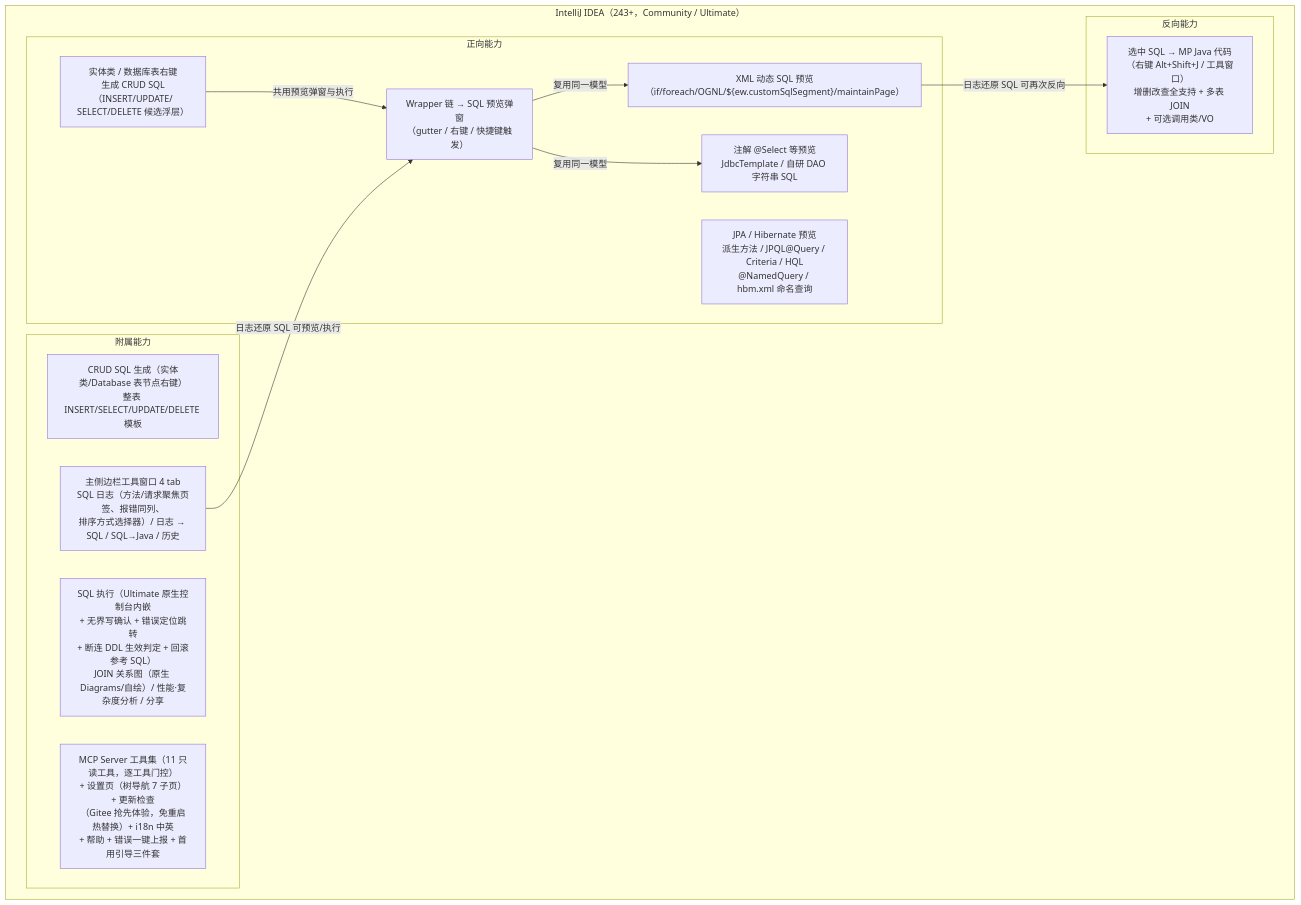
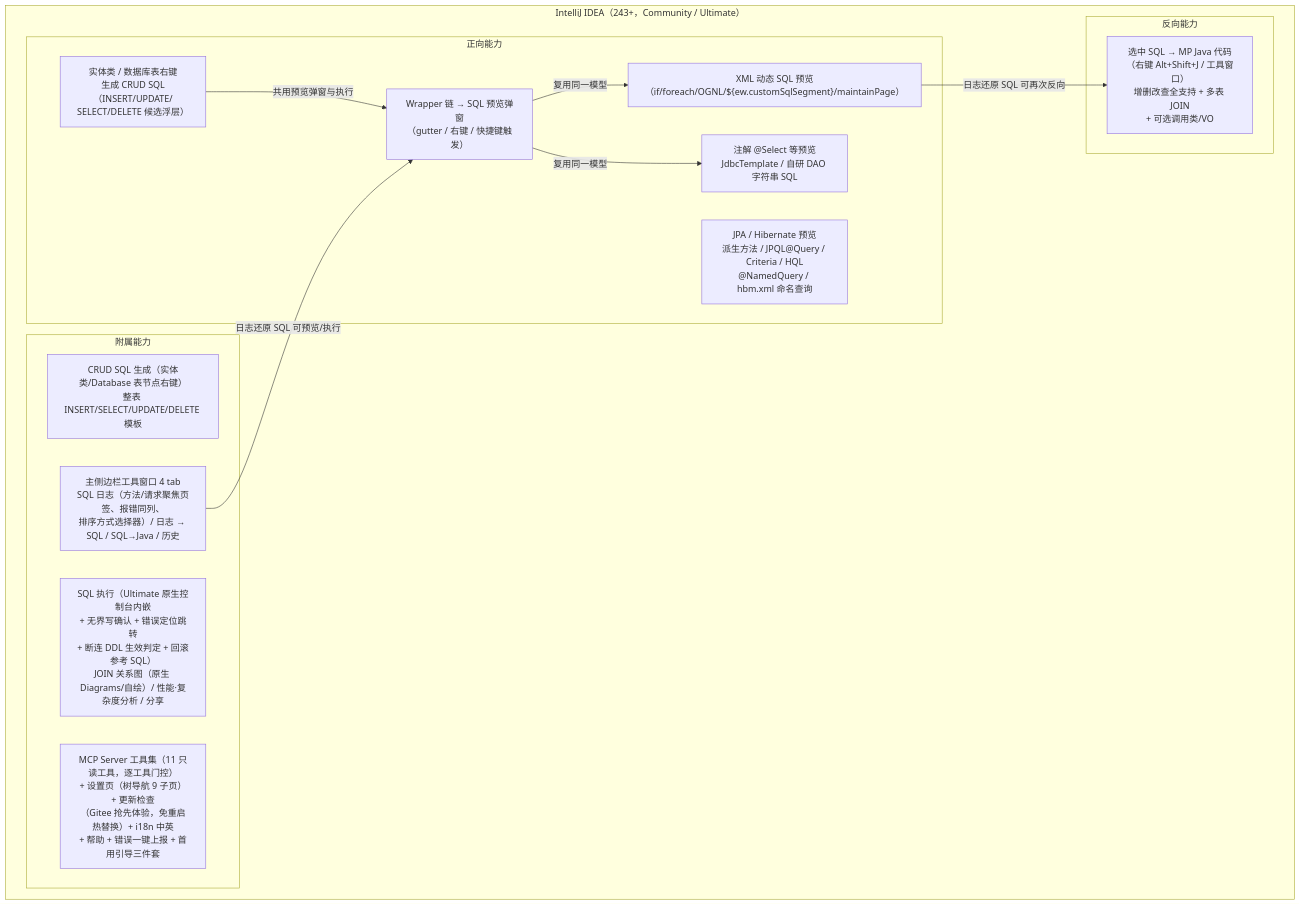
The first of 5 diagrams in docs/架构设计/01-项目架构总览.md (SongRenShuo/mybatis-plus-sql-visualizer), drawn with Mermaid before and after one commit. The commit also changed other lines of this file and 2 other files, not shown here.

````diff
--- a/docs/架构设计/01-项目架构总览.md
+++ b/docs/架构设计/01-项目架构总览.md
@@ -19,26 +19,26 @@
 ```mermaid
 flowchart TD
     subgraph IDE["IntelliJ IDEA（243+，Community / Ultimate）"]
         subgraph 正向能力
             F1["Wrapper 链 → SQL 预览弹窗<br/>（gutter / 右键 / 快捷键触发）"]
             F2["XML 动态 SQL 预览<br/>（if/foreach/OGNL/${ew.customSqlSegment}/maintainPage）"]
             F3["注解 @Select 等预览<br/>JdbcTemplate / 自研 DAO 字符串 SQL"]
             F4["JPA / Hibernate 预览<br/>派生方法 / JPQL@Query / Criteria / HQL<br/>@NamedQuery / hbm.xml 命名查询"]
             F5["实体类 / 数据库表右键<br/>生成 CRUD SQL（INSERT/UPDATE/<br/>SELECT/DELETE 候选浮层）"]
         end
         subgraph 反向能力
             R1["选中 SQL → MP Java 代码<br/>（右键 Alt+Shift+J / 工具窗口）<br/>增删改查全支持 + 多表 JOIN<br/>+ 可选调用类/VO"]
         end
         subgraph 附属能力
             S0["CRUD SQL 生成（实体类/Database 表节点右键）<br/>整表 INSERT/SELECT/UPDATE/DELETE 模板"]
             S1["主侧边栏工具窗口 4 tab<br/>SQL 日志（方法/请求聚焦页签、报错同列、<br/>排序方式选择器）/ 日志 → SQL / SQL→Java / 历史"]
             S2["SQL 执行（Ultimate 原生控制台内嵌<br/>+ 无界写确认 + 错误定位跳转<br/>+ 断连 DDL 生效判定 + 回滚参考 SQL）<br/>JOIN 关系图（原生 Diagrams/自绘）/ 性能·复杂度分析 / 分享"]
-            S3["MCP Server 工具集（11 只读工具，逐工具门控）<br/>+ 设置页（树导航 7 子页）+ 更新检查<br/>（Gitee 抢先体验，免重启热替换）+ i18n 中英<br/>+ 帮助 + 错误一键上报 + 首用引导三件套"]
+            S3["MCP Server 工具集（11 只读工具，逐工具门控）<br/>+ 设置页（树导航 9 子页）+ 更新检查<br/>（Gitee 抢先体验，免重启热替换）+ i18n 中英<br/>+ 帮助 + 错误一键上报 + 首用引导三件套"]
         end
     end
     F1 -->|"复用同一模型"| F2
     F1 -->|"复用同一模型"| F3
     F5 -->|"共用预览弹窗与执行"| F1
     F2 -->|"日志还原 SQL 可再次反向"| R1
     S1 -->|"日志还原 SQL 可预览/执行"| F1
 ```
````
